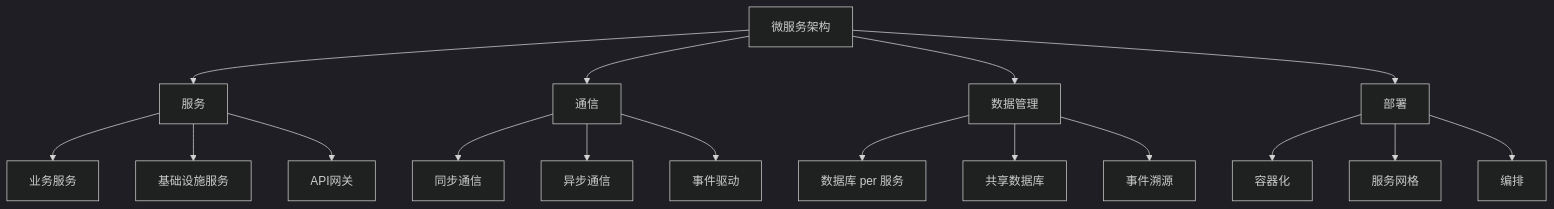
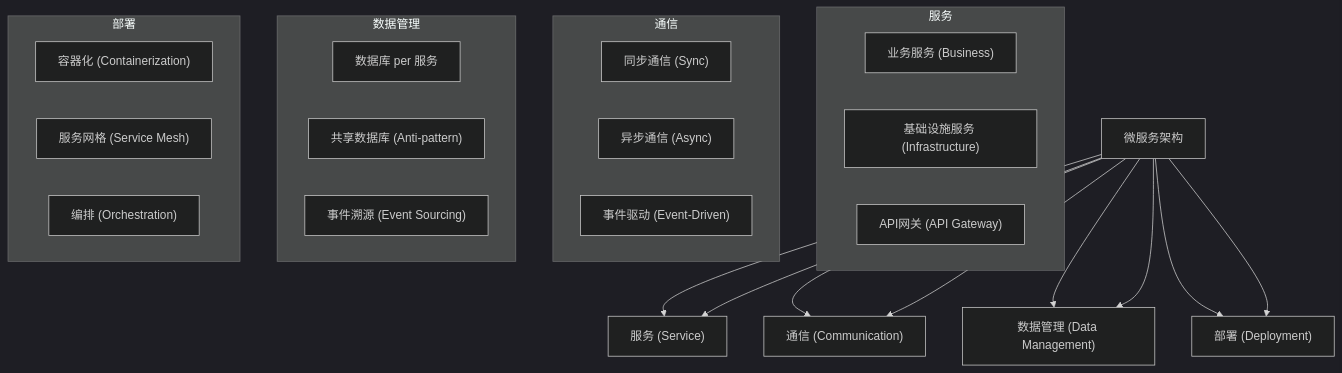
Before and after one commit to AdaMartin18010/common: the diagram in docs/refactor/02-Software-Architecture/03-Microservice-Architecture/01-Microservice-Foundation.md, drawn with Mermaid (dark theme). The commit also changed other lines of this file and 34 other files, not shown here.

````diff
--- a/docs/refactor/02-Software-Architecture/03-Microservice-Architecture/01-Microservice-Foundation.md
+++ b/docs/refactor/02-Software-Architecture/03-Microservice-Architecture/01-Microservice-Foundation.md
@@ -57,23 +57,36 @@
 ```mermaid
 graph TB
-    A[微服务架构] --> B[服务]
-    A --> C[通信]
-    A --> D[数据管理]
-    A --> E[部署]
+    A["微服务架构"] --> B["服务 (Service)"]
+    A --> C["通信 (Communication)"]
+    A --> D["数据管理 (Data Management)"]
+    A --> E["部署 (Deployment)"]
     
-    B --> B1[业务服务]
-    B --> B2[基础设施服务]
-    B --> B3[API网关]
+    subgraph "服务"
+        B1["业务服务 (Business)"]
+        B2["基础设施服务 (Infrastructure)"]
+        B3["API网关 (API Gateway)"]
+    end
     
-    C --> C1[同步通信]
-    C --> C2[异步通信]
-    C --> C3[事件驱动]
+    subgraph "通信"
+        C1["同步通信 (Sync)"]
+        C2["异步通信 (Async)"]
+        C3["事件驱动 (Event-Driven)"]
+    end
     
-    D --> D1[数据库 per 服务]
-    D --> D2[共享数据库]
-    D --> D3[事件溯源]
+    subgraph "数据管理"
+        D1["数据库 per 服务"]
+        D2["共享数据库 (Anti-pattern)"]
+        D3["事件溯源 (Event Sourcing)"]
+    end
     
-    E --> E1[容器化]
-    E --> E2[服务网格]
-    E --> E3[编排]
+    subgraph "部署"
+        E1["容器化 (Containerization)"]
+        E2["服务网格 (Service Mesh)"]
+        E3["编排 (Orchestration)"]
+    end
+
+    A --> B
+    A --> C
+    A --> D
+    A --> E
 ```
````
